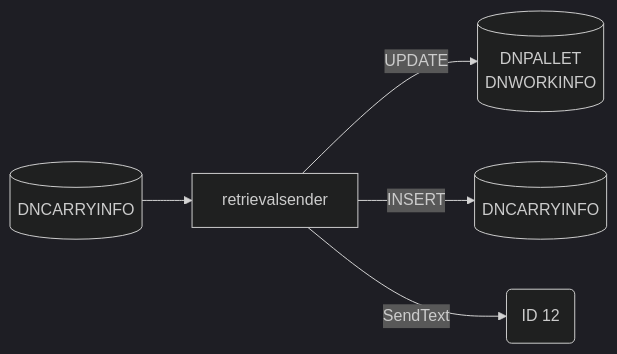
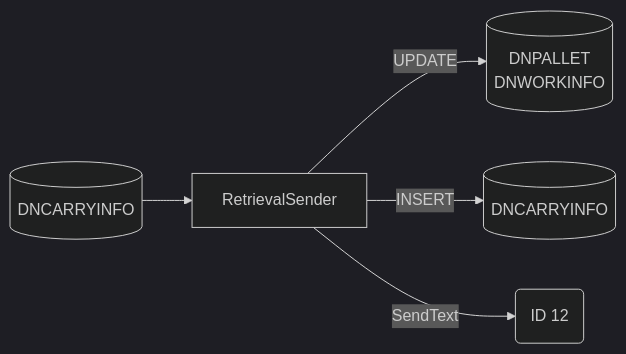
Before and after one commit to luthfiadityaa/SimeDarby-Wiki: the third of 9 diagrams in Basic-Design/DFD-WMS/Retrieval/Unplanned-Retrieval-from-OP-Area-(PKG).md, drawn with Mermaid (dark theme).

Commit message:
Updated Unplanned Retrieval from OP Area (PKG)

```diff
--- a/Basic-Design/DFD-WMS/Retrieval/Unplanned-Retrieval-from-OP-Area-(PKG).md
+++ b/Basic-Design/DFD-WMS/Retrieval/Unplanned-Retrieval-from-OP-Area-(PKG).md
@@ -178,24 +178,24 @@
 ::: mermaid
 flowchart LR
 
 retrievalsender-input[("
 DNCARRYINFO
 ")]
 
 retrievalsender-update[("
 DNPALLET
 DNWORKINFO
 ")]
 
 retrievalsender-insert[("
 DNCARRYINFO
 ")]
 
 id12msg("
 ID 12
 ")
 
-retrievalsender-input-->retrievalsender--> |UPDATE| retrievalsender-update
-retrievalsender--> |INSERT| retrievalsender-insert
-retrievalsender--> |SendText| id12msg
+retrievalsender-input-->RetrievalSender--> |UPDATE| retrievalsender-update
+RetrievalSender--> |INSERT| retrievalsender-insert
+RetrievalSender--> |SendText| id12msg
 :::
```
